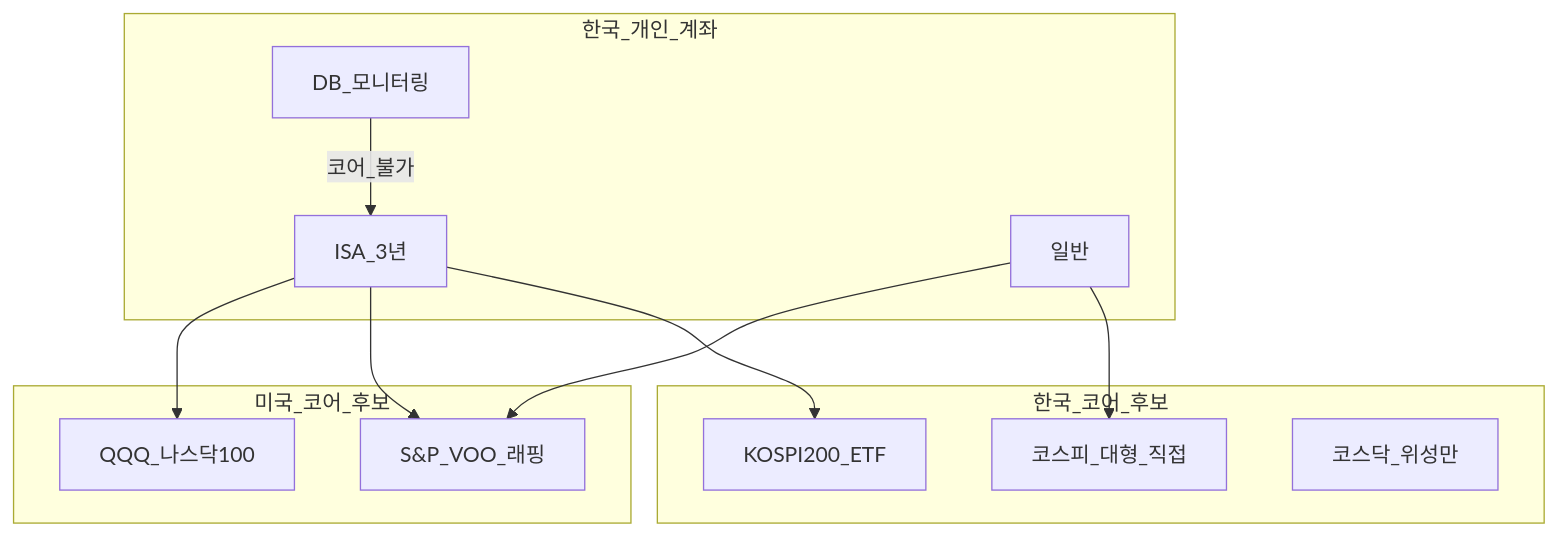
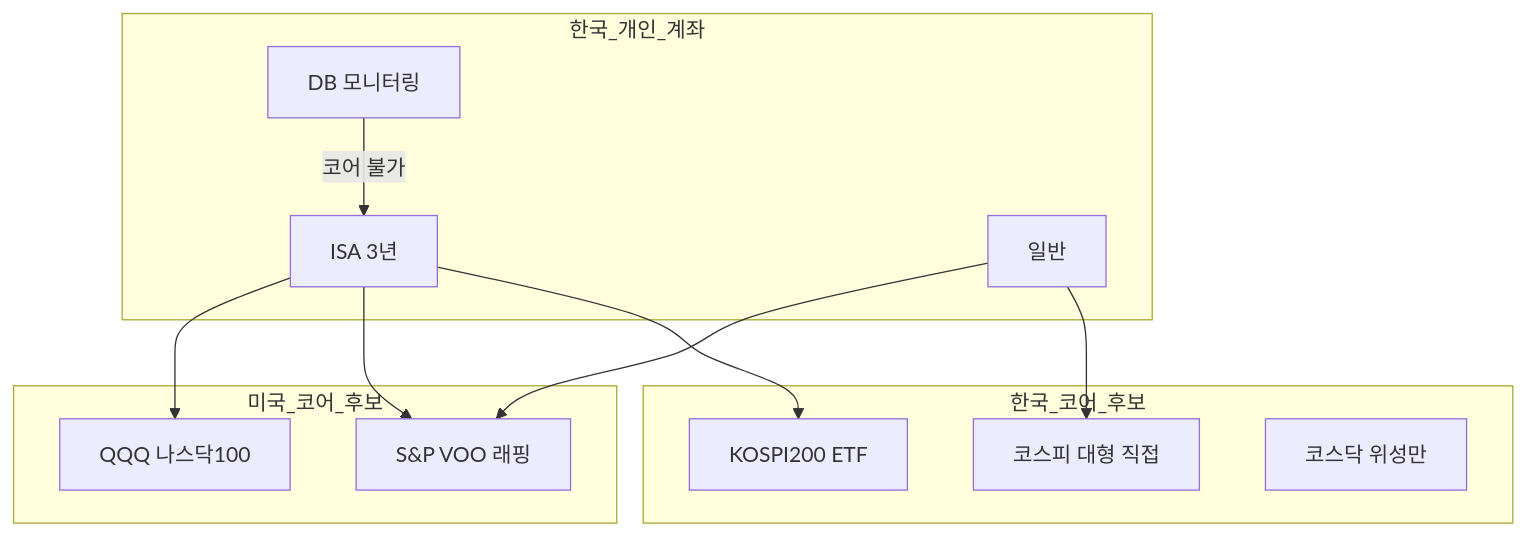
One commit to goldanghenry/Finances changed the diagram in 03-markets/korea-vs-us-equities.md. Above: the diagram before and after it, drawn with Mermaid. The commit also changed other lines of this file and 211 other files, not shown here.

````diff
--- a/03-markets/korea-vs-us-equities.md
+++ b/03-markets/korea-vs-us-equities.md
@@ -121,23 +126,23 @@
 ```mermaid
 flowchart TB
   subgraph kr [한국_코어_후보]
-    K200[KOSPI200_ETF]
-    KDom[코스피_대형_직접]
-    KDaq[코스닥_위성만]
+    K200["KOSPI200 ETF"]
+    KDom["코스피 대형 직접"]
+    KDaq["코스닥 위성만"]
   end
   subgraph us [미국_코어_후보]
-    SP[S&P_VOO_래핑]
-    NDX[QQQ_나스닥100]
+    SP["S&P VOO 래핑"]
+    NDX["QQQ 나스닥100"]
   end
   subgraph acct [한국_개인_계좌]
-    ISA[ISA_3년]
+    ISA["ISA 3년"]
     Gen[일반]
-    DB[DB_모니터링]
+    DB["DB 모니터링"]
   end
-  DB -->|코어_불가| ISA
+  DB -->|"코어 불가"| ISA
   ISA --> K200
   ISA --> SP
   ISA --> NDX
   Gen --> KDom
   Gen --> SP
 ```
````
